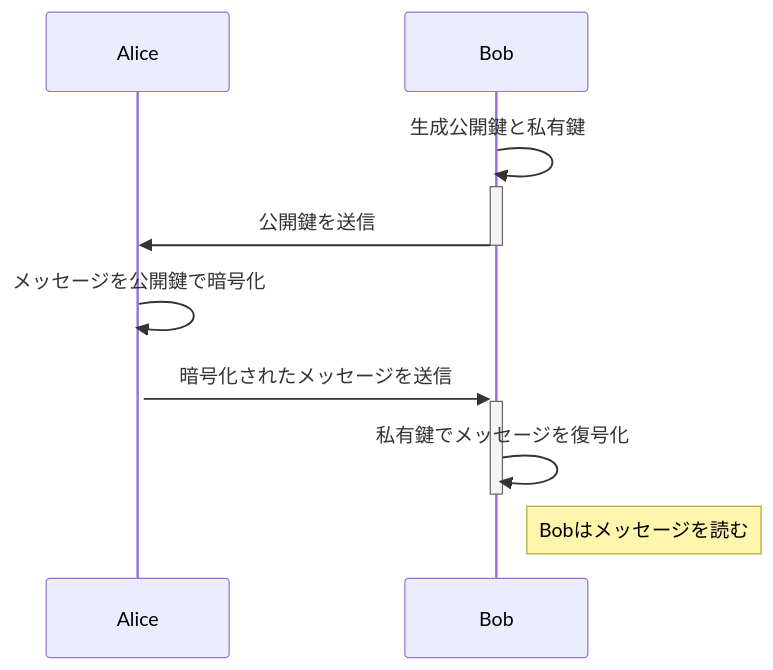
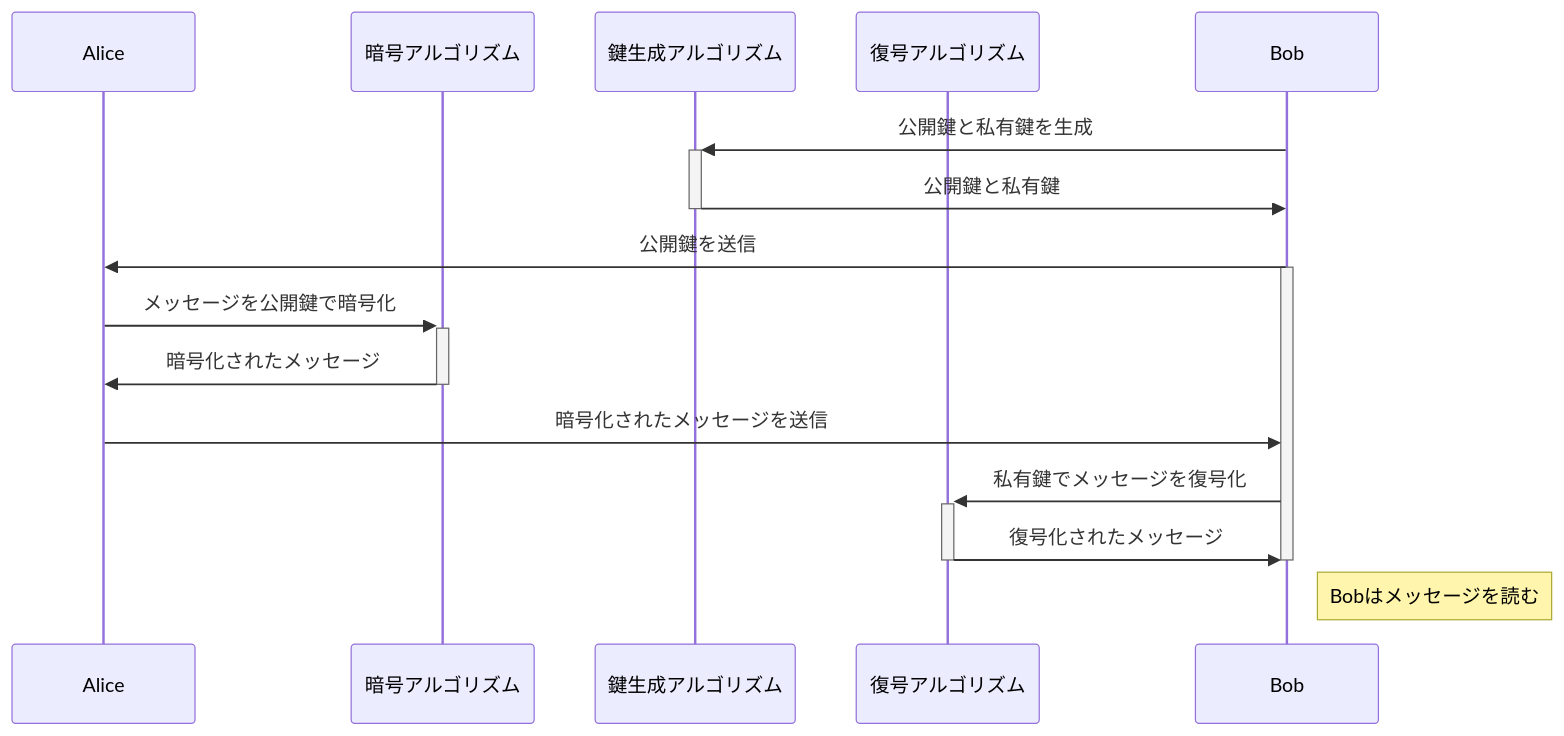
One commit to shuji-bonji/Notes-about-Digital-Signatures-and-Timestamps changed the third of 3 diagrams in PublicKeyEncryption.md. Above: the diagram before and after it, drawn with Mermaid. The commit also changed other lines of this file and 3 other files, not shown here.

````diff
--- a/PublicKeyEncryption.md
+++ b/PublicKeyEncryption.md
@@ -111,12 +114,23 @@
 ```mermaid
-
 sequenceDiagram
     participant Alice
+    participant Encrypt as 暗号アルゴリズム
+    participant KeyGen as 鍵生成アルゴリズム
+    participant Decrypt as 復号アルゴリズム
     participant Bob
-    Bob->>+Bob: 生成公開鍵と私有鍵
-    Bob->>-Alice: 公開鍵を送信
-    Alice->>+Alice: メッセージを公開鍵で暗号化
-    Alice->>+Bob: 暗号化されたメッセージを送信
-    Bob->>-Bob: 私有鍵でメッセージを復号化
+
+    Bob->>+KeyGen: 公開鍵と私有鍵を生成
+    KeyGen->>-Bob: 公開鍵と私有鍵
+    Bob->>Alice: 公開鍵を送信
+    activate Bob
+
+    Alice->>+Encrypt: メッセージを公開鍵で暗号化
+    Encrypt->>-Alice: 暗号化されたメッセージ
+
+    Alice->>Bob: 暗号化されたメッセージを送信
+    Bob->>+Decrypt: 私有鍵でメッセージを復号化
+    Decrypt->>-Bob: 復号化されたメッセージ
+    deactivate Bob
+
     Note right of Bob: Bobはメッセージを読む
 ```
````
